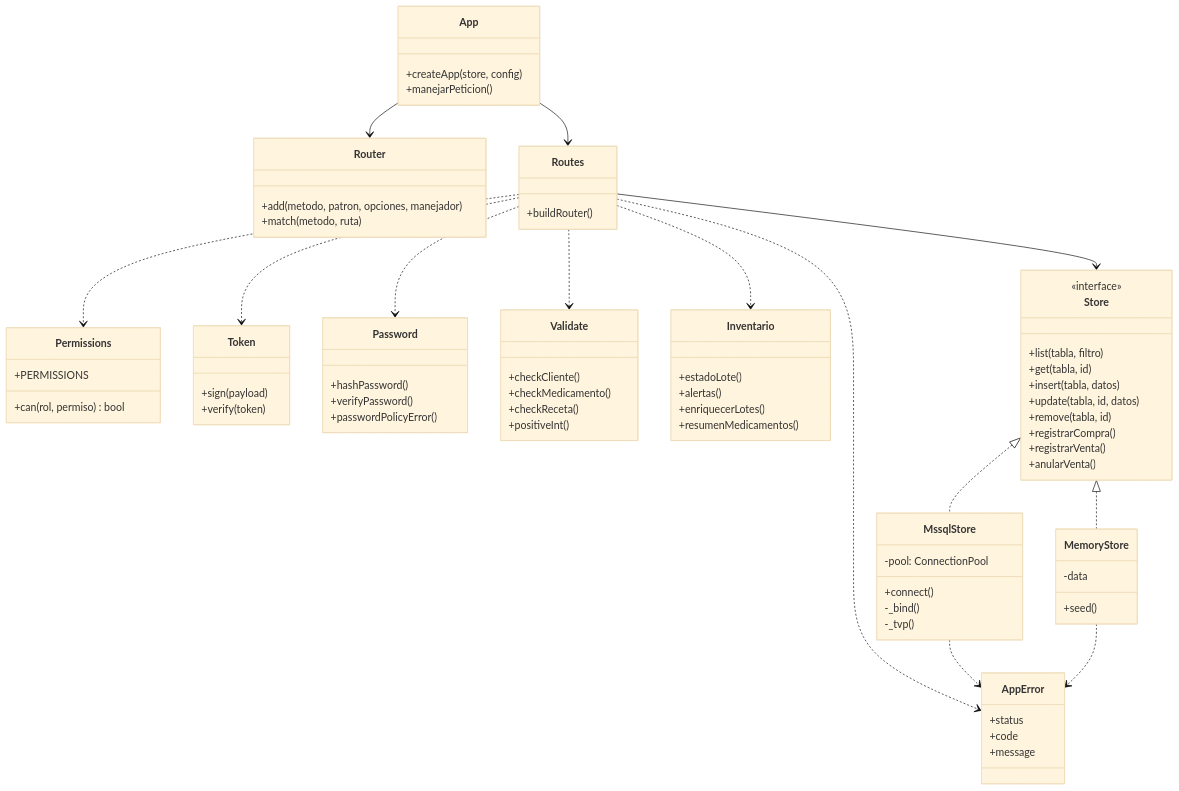
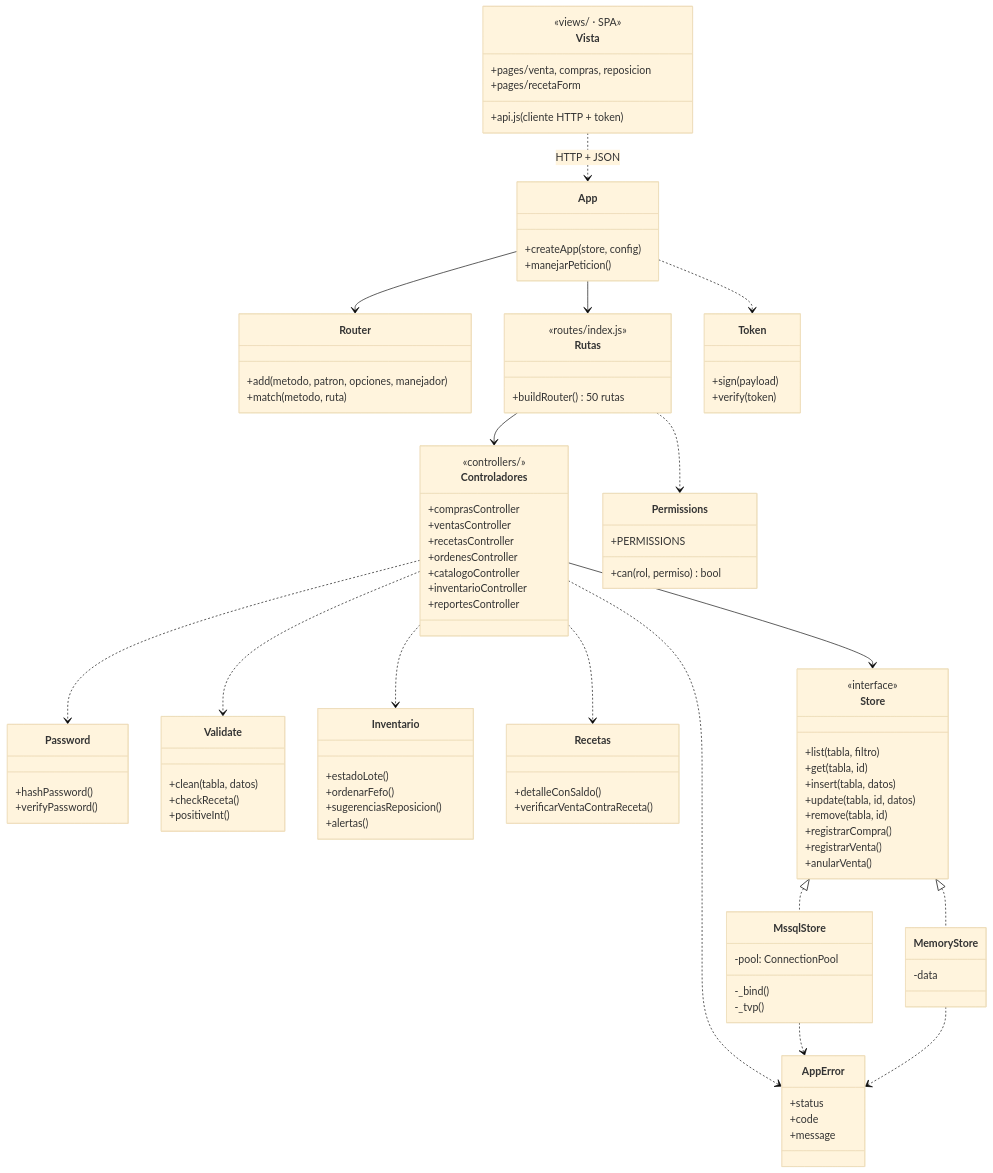
One commit to angelonavarroxd23-lab/Farma-Control changed the diagram in docs/diagramas/src/clases_backend.mmd. Above: the diagram before and after it, drawn with Mermaid (base theme). The commit also changed 24 other files, not shown here.

First line of the commit message:
Diagramas actualizados a v2.1: 17 tablas/28 FK, MVC, receta en caja, lote/proveedor en compra, reposicion, estados de orden

```diff
--- a/docs/diagramas/src/clases_backend.mmd
+++ b/docs/diagramas/src/clases_backend.mmd
@@ -1,77 +1,97 @@
 classDiagram
 direction TB
-class Router {
-  +add(metodo, patron, opciones, manejador)
-  +match(metodo, ruta)
+class Vista {
+<<views/ · SPA>>
++pages/venta, compras, reposicion
++pages/recetaForm
++api.js (cliente HTTP + token)
 }
 class App {
   +createApp(store, config)
   +manejarPeticion()
 }
-class Routes {
-  +buildRouter()
+class Router {
+  +add(metodo, patron, opciones, manejador)
+  +match(metodo, ruta)
+}
+class Rutas {
+<<routes/index.js>>
++buildRouter() 50 rutas
+}
+class Controladores {
+<<controllers/>>
++comprasController
++ventasController
++recetasController
++ordenesController
++catalogoController
++inventarioController
++reportesController
 }
 class Permissions {
   +PERMISSIONS
   +can(rol, permiso) bool
 }
 class Token {
   +sign(payload)
   +verify(token)
 }
 class Password {
   +hashPassword()
   +verifyPassword()
-  +passwordPolicyError()
 }
 class Validate {
-  +checkCliente()
-  +checkMedicamento()
+  +clean(tabla, datos)
   +checkReceta()
   +positiveInt()
 }
 class Inventario {
   +estadoLote()
+  +ordenarFefo()
+  +sugerenciasReposicion()
   +alertas()
-  +enriquecerLotes()
-  +resumenMedicamentos()
+}
+class Recetas {
+  +detalleConSaldo()
+  +verificarVentaContraReceta()
 }
 class AppError {
   +status
   +code
   +message
 }
 class Store {
 <<interface>>
 +list(tabla, filtro)
 +get(tabla, id)
 +insert(tabla, datos)
 +update(tabla, id, datos)
 +remove(tabla, id)
 +registrarCompra()
 +registrarVenta()
 +anularVenta()
 }
 class MssqlStore {
   -pool: ConnectionPool
-  +connect()
   -_bind()
   -_tvp()
 }
 class MemoryStore {
   -data
-  +seed()
 }
+Vista ..> App : HTTP + JSON
 App --> Router
-App --> Routes
-Routes ..> Permissions
-Routes ..> Token
-Routes ..> Password
-Routes ..> Validate
-Routes ..> Inventario
-Routes --> Store
+App --> Rutas
+Rutas --> Controladores
+Rutas ..> Permissions
+App ..> Token
+Controladores ..> Password
+Controladores ..> Validate
+Controladores ..> Inventario
+Controladores ..> Recetas
+Controladores --> Store
 Store <|.. MssqlStore
 Store <|.. MemoryStore
-Routes ..> AppError
+Controladores ..> AppError
 MssqlStore ..> AppError
 MemoryStore ..> AppError
```
